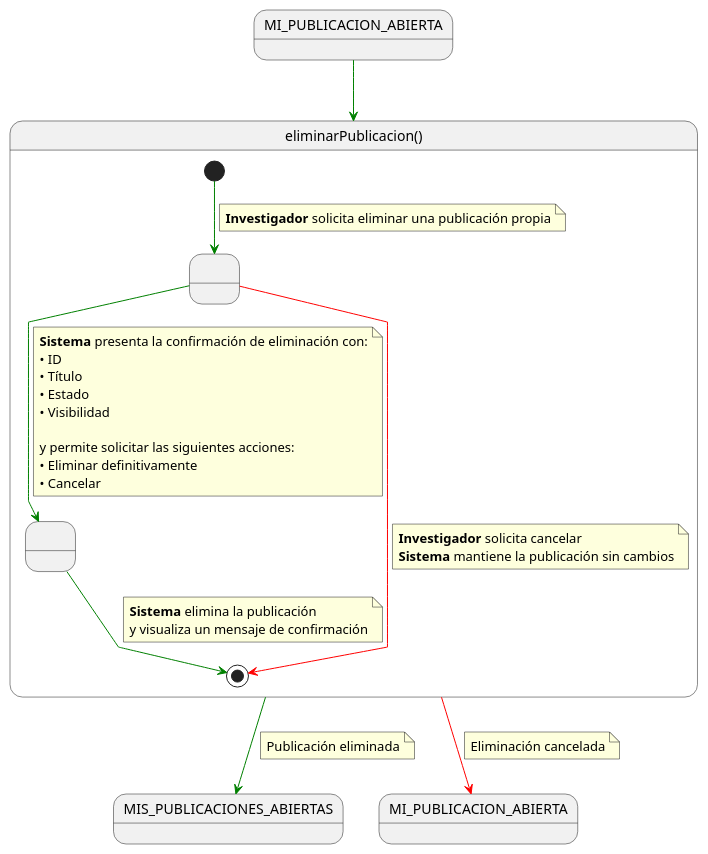
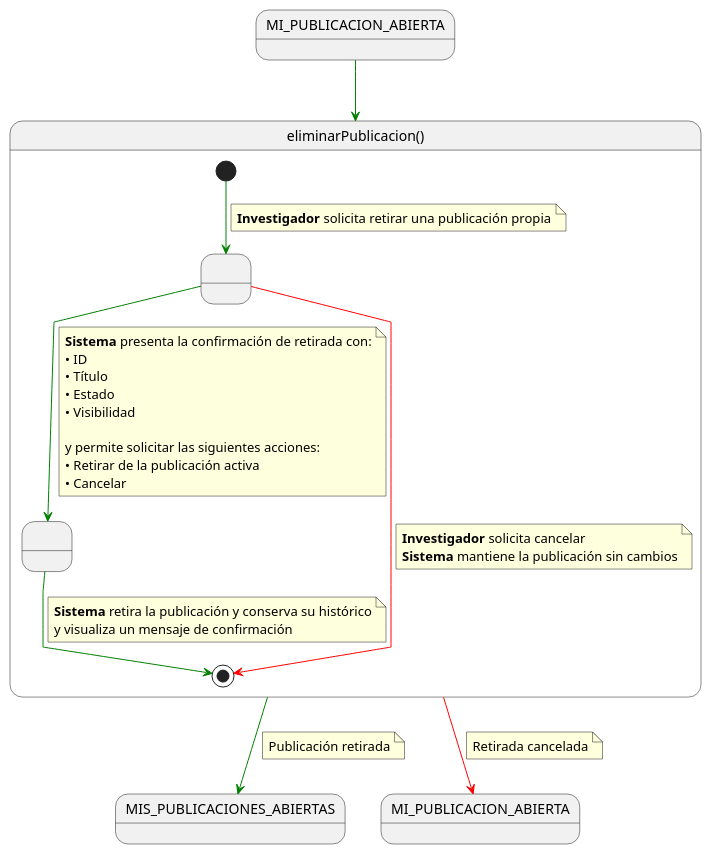
Before and after one commit to beatriizorozco/25-26-idsw2-sdVC: the diagram in modelosUML/RUP/00-casos-uso/02-detalle/investigador/eliminarPublicacion/especificacion.puml, drawn with PlantUML. The commit also changed 98 other files, not shown here.

```diff
--- a/modelosUML/RUP/00-casos-uso/02-detalle/investigador/eliminarPublicacion/especificacion.puml
+++ b/modelosUML/RUP/00-casos-uso/02-detalle/investigador/eliminarPublicacion/especificacion.puml
@@ -1,53 +1,53 @@
 @startuml eliminarPublicacion
 skinparam linetype polyline
 
 state in1 as "MI_PUBLICACION_ABIERTA"
 in1 -[#green]-> eliminarPublicacion
 
 state eliminarPublicacion as "eliminarPublicacion()" {
 
-    state " " as ConfirmandoEliminacion
-    state " " as Eliminando
+    state " " as ConfirmandoRetirada
+    state " " as Retirando
 
-    [*] -[#green]-> ConfirmandoEliminacion
+    [*] -[#green]-> ConfirmandoRetirada
     note on link
-    <b>Investigador</b> solicita eliminar una publicación propia
+    <b>Investigador</b> solicita retirar una publicación propia
     end note
 
-    ConfirmandoEliminacion -[#green]-> Eliminando
+    ConfirmandoRetirada -[#green]-> Retirando
     note on link
-    <b>Sistema</b> presenta la confirmación de eliminación con:
+    <b>Sistema</b> presenta la confirmación de retirada con:
     • ID
     • Título
     • Estado
     • Visibilidad
 
     y permite solicitar las siguientes acciones:
-    • Eliminar definitivamente
+    • Retirar de la publicación activa
     • Cancelar
     end note
 
-    Eliminando -[#green]-> [*]
+    Retirando -[#green]-> [*]
     note on link
-    <b>Sistema</b> elimina la publicación
+    <b>Sistema</b> retira la publicación y conserva su histórico
     y visualiza un mensaje de confirmación
     end note
 
-    ConfirmandoEliminacion -[#red]-> [*]
+    ConfirmandoRetirada -[#red]-> [*]
     note on link
     <b>Investigador</b> solicita cancelar
     <b>Sistema</b> mantiene la publicación sin cambios
     end note
 }
 
 eliminarPublicacion -[#green]-> MIS_PUBLICACIONES_ABIERTAS
 note on link
-Publicación eliminada
+Publicación retirada
 end note
 
 eliminarPublicacion -[#red]-> MI_PUBLICACION_ABIERTA
 note on link
-Eliminación cancelada
+Retirada cancelada
 end note
 
 @enduml
```
